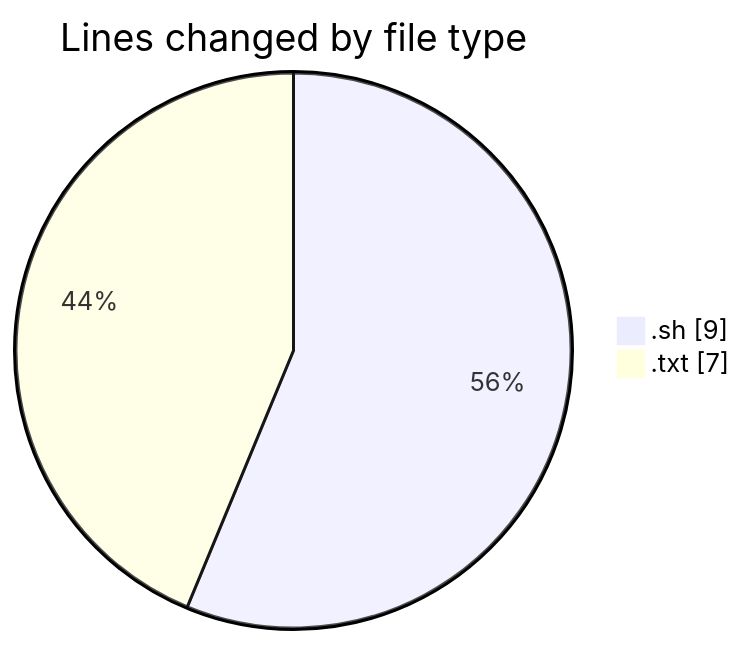
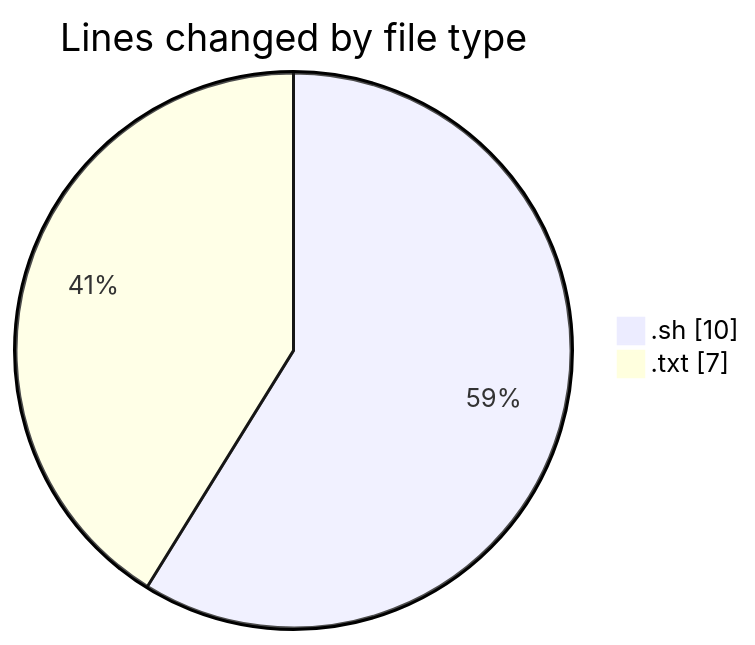
The first of 2 diagrams in 2026-11-12/scripts/README.md (ricardozamudiocil/code-tracking), drawn with Mermaid before and after one commit. The commit also changed other lines of this file and 1 other file, not shown here.

````diff
--- a/2026-11-12/scripts/README.md
+++ b/2026-11-12/scripts/README.md
@@ -21,6 +21,6 @@
 ```mermaid
 pie showData
 title Lines changed by file type
-".sh" : 9
+".sh" : 10
 ".txt" : 7
 ```
````
